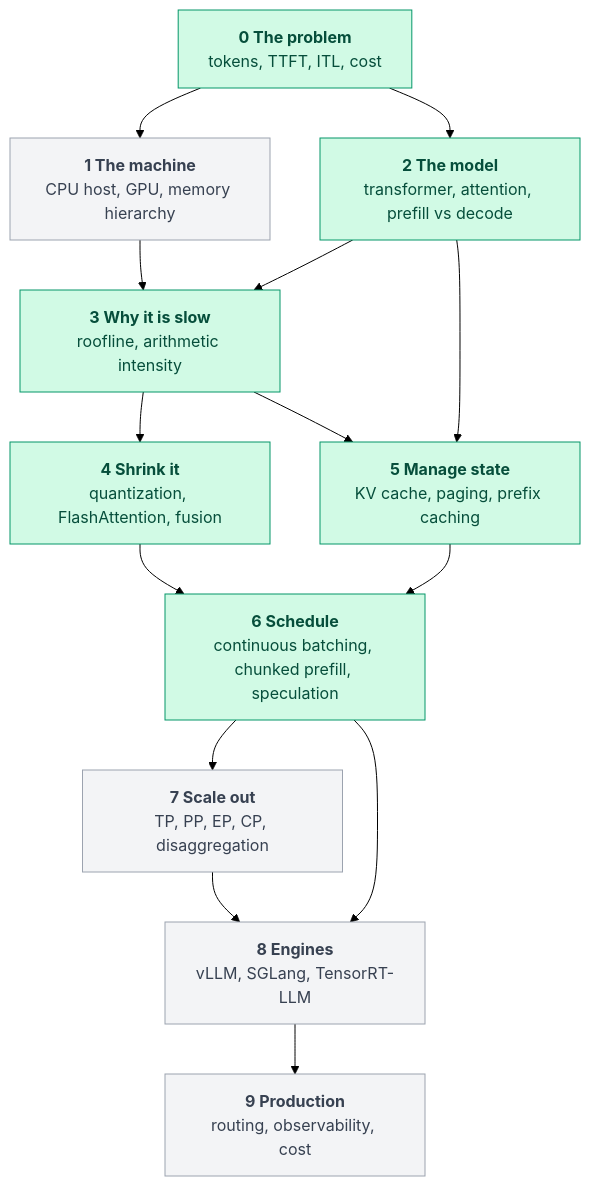
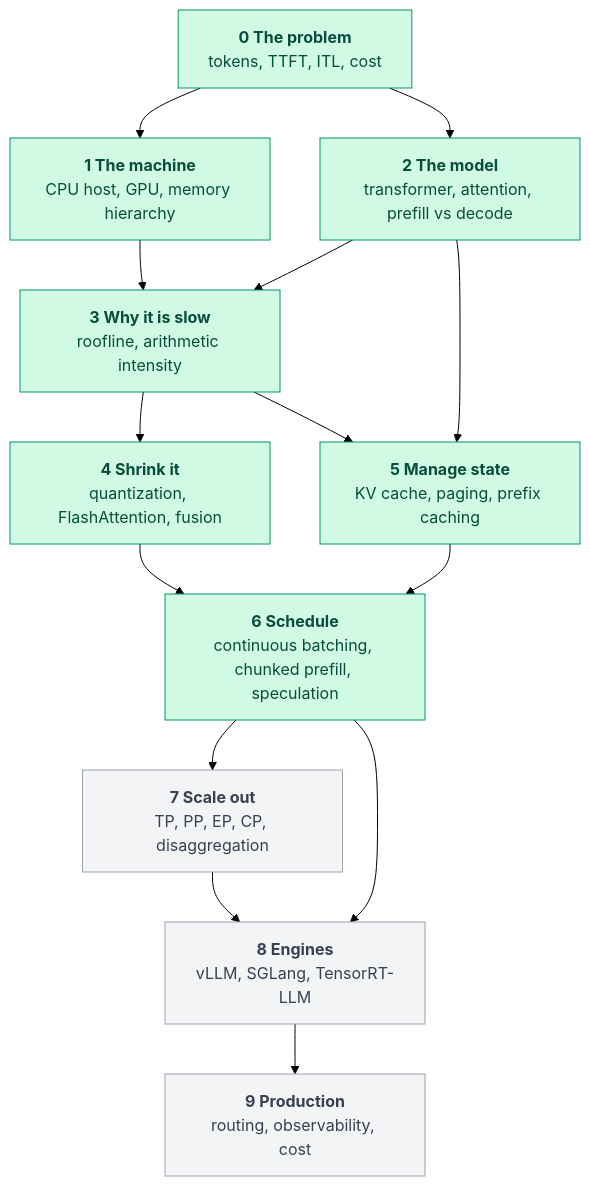
One commit to AkbarSheikh-debug/inference-engineering changed the diagram in README.md. Above: the diagram before and after it, drawn with Mermaid (forest theme). The commit also changed other lines of this file and 43 other files, not shown here.

````diff
--- a/README.md
+++ b/README.md
@@ -21,31 +28,31 @@
 ```mermaid
 %% title: Learning roadmap as a dependency graph
 flowchart TD
     L0["<b>0 The problem</b><br/>tokens, TTFT, ITL, cost"]
     L1["<b>1 The machine</b><br/>CPU host, GPU, memory hierarchy"]
     L2["<b>2 The model</b><br/>transformer, attention, prefill vs decode"]
     L3["<b>3 Why it is slow</b><br/>roofline, arithmetic intensity"]
     L4["<b>4 Shrink it</b><br/>quantization, FlashAttention, fusion"]
     L5["<b>5 Manage state</b><br/>KV cache, paging, prefix caching"]
     L6["<b>6 Schedule</b><br/>continuous batching, chunked prefill, speculation"]
     L7["<b>7 Scale out</b><br/>TP, PP, EP, CP, disaggregation"]
     L8["<b>8 Engines</b><br/>vLLM, SGLang, TensorRT-LLM"]
     L9["<b>9 Production</b><br/>routing, observability, cost"]
     L0 --> L1
     L0 --> L2
     L1 --> L3
     L2 --> L3
     L2 --> L5
     L3 --> L4
     L3 --> L5
     L4 --> L6
     L5 --> L6
     L6 --> L7
     L6 --> L8
     L7 --> L8
     L8 --> L9
     classDef live fill:#d1fae5,stroke:#059669,color:#064e3b
     classDef planned fill:#f3f4f6,stroke:#9ca3af,color:#374151
-    class L0,L2,L3,L4,L5,L6 live
-    class L1,L7,L8,L9 planned
+    class L0,L1,L2,L3,L4,L5,L6 live
+    class L7,L8,L9 planned
 ```
````
